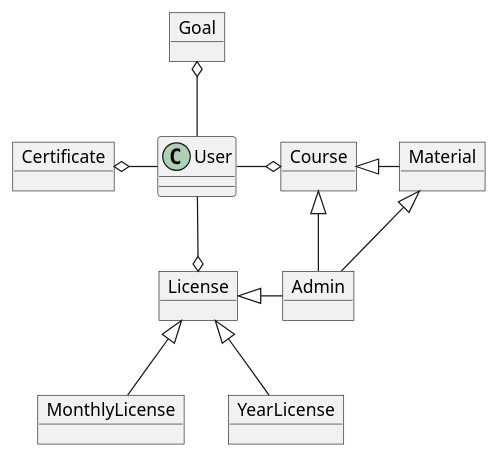
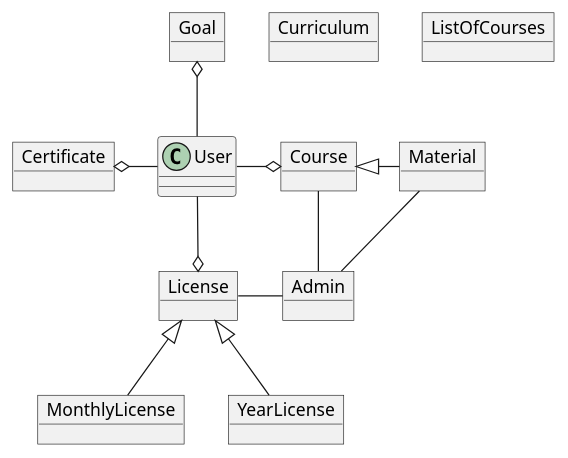
One commit to Rene061089/PlatumlDomeaneModdelering changed the diagram in src/DomæneModellering.puml. Above: the diagram before and after it, drawn with PlantUML.

Commit message:
added to nye classer som skal være bindeled :D

```diff
--- a/src/DomæneModellering.puml
+++ b/src/DomæneModellering.puml
@@ -1,30 +1,32 @@
 @startuml
 class User{
 }
 
 object Goal
 object Admin
 object MonthlyLicense
 object YearLicense
 object Course
 object Certificate
 object Material
 object License
+object Curriculum
+object ListOfCourses
 
 
 Goal o-down-User
 User -down-o License
 User -left-o Certificate
 Course o-left- User
 
 
 License <|-down- MonthlyLicense
 License <|-down-  YearLicense
 
 Course <|-right- Material
 
-License <|-right- Admin
-Course <|-down- Admin
-Material <|-down- Admin
+License -right- Admin
+Course -down- Admin
+Material -down- Admin
 
 @enduml
```
